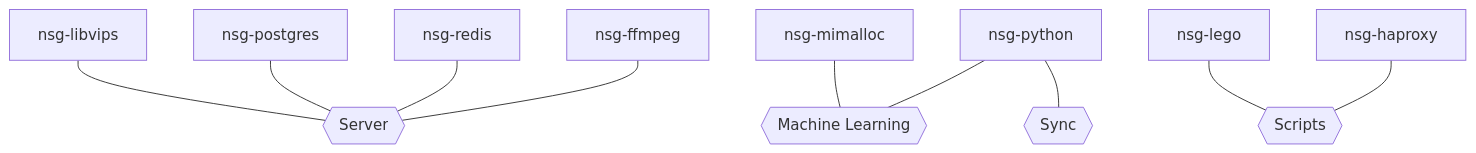
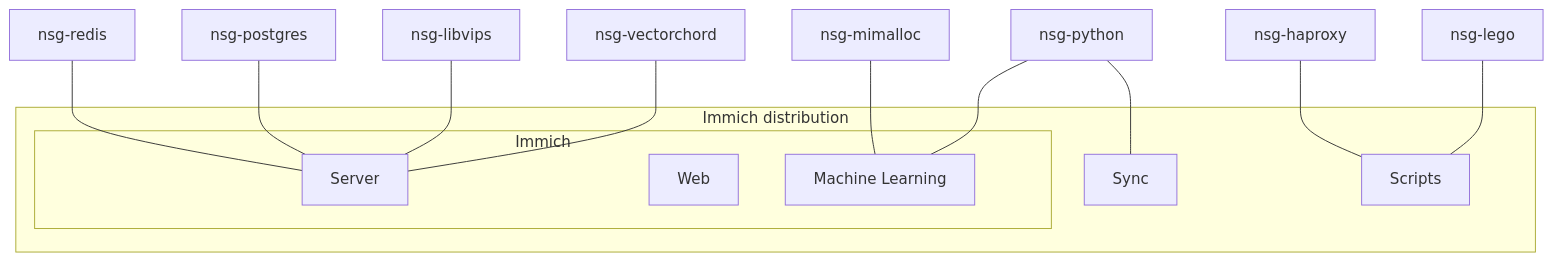
One commit to nsg/immich-distribution changed the third of 3 diagrams in docs/docs/build/dependencies.md. Above: the diagram before and after it, drawn with Mermaid. The commit also changed other lines of this file, not shown here.

Commit message:
update deps page

````diff
--- a/docs/docs/build/dependencies.md
+++ b/docs/docs/build/dependencies.md
@@ -40,16 +57,30 @@
 ```mermaid
 flowchart TD
 
-nsg-ffmpeg --- server{{"Server"}}
-nsg-redis --- server
-nsg-postgres --- server
-nsg-libvips --- server
+subgraph Immich
+    Server
+    Web
+    machine-learning["Machine Learning"]
+end
 
-nsg-python --- machine-learning{{"Machine Learning"}}
+
+subgraph ID["Immich distribution"]
+    Immich
+    Server
+    Scripts
+    Sync
+end
+
+nsg-redis --- Server
+nsg-postgres --- Server
+nsg-libvips --- Server
+nsg-vectorchord --- Server
+
+nsg-python --- machine-learning
 nsg-mimalloc --- machine-learning
 
-nsg-haproxy --- scripts{{"Scripts"}}
-nsg-lego --- scripts
+nsg-haproxy --- Scripts
+nsg-lego --- Scripts
 
-nsg-python --- sync{{"Sync"}}
+nsg-python --- Sync
 ```
````
